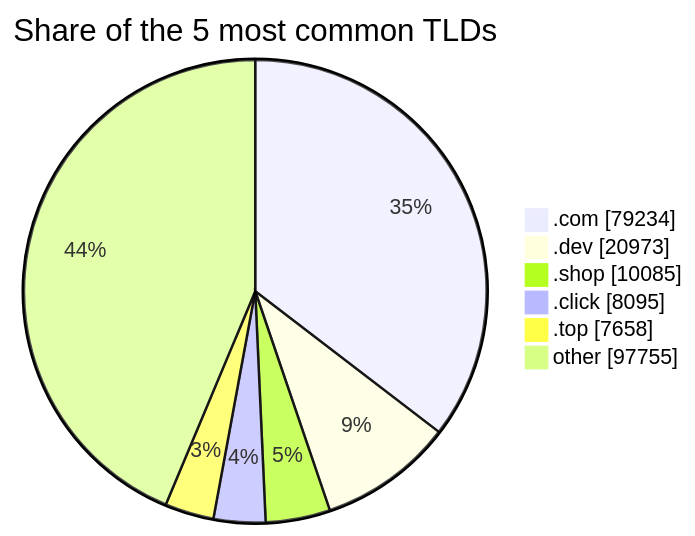
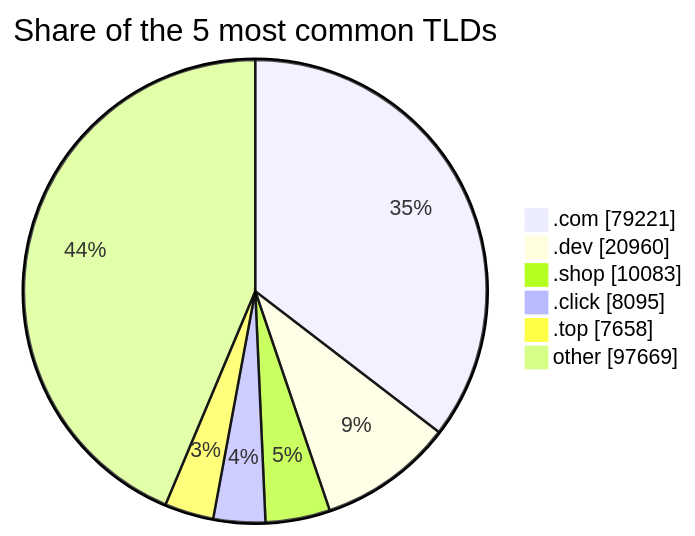
One commit to DNSBunker/CTI changed the third of 3 diagrams in README.md. Above: the diagram before and after it, drawn with Mermaid. The commit also changed other lines of this file and 3 other files, not shown here.

````diff
--- a/README.md
+++ b/README.md
@@ -81,9 +81,9 @@
 ```mermaid
 pie showData title Share of the 5 most common TLDs
-    ".com" : 79234
-    ".dev" : 20973
-    ".shop" : 10085
+    ".com" : 79221
+    ".dev" : 20960
+    ".shop" : 10083
     ".click" : 8095
     ".top" : 7658
-    "other" : 97755
+    "other" : 97669
 ```
````
